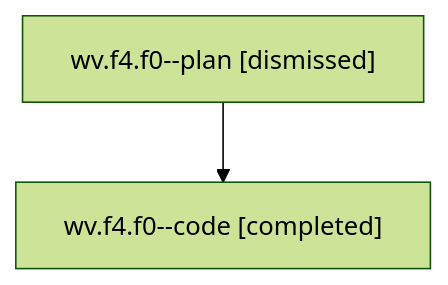
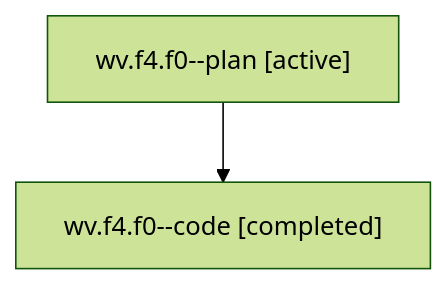
Before and after one commit to sase-org/sase--agents: the diagram in families/bbugyi200.athena.wv.f4.f0.md, drawn with Mermaid (forest theme). The commit also changed other lines of this file and 35830 other files, not shown here.

````diff
--- a/families/bbugyi200.athena.wv.f4.f0.md
+++ b/families/bbugyi200.athena.wv.f4.f0.md
@@ -9,6 +9,6 @@
 ```mermaid
 flowchart TD
-  n0["wv.f4.f0--plan [dismissed]"]
+  n0["wv.f4.f0--plan [active]"]
   n1["wv.f4.f0--code [completed]"]
   n0 --> n1
 ```
````
